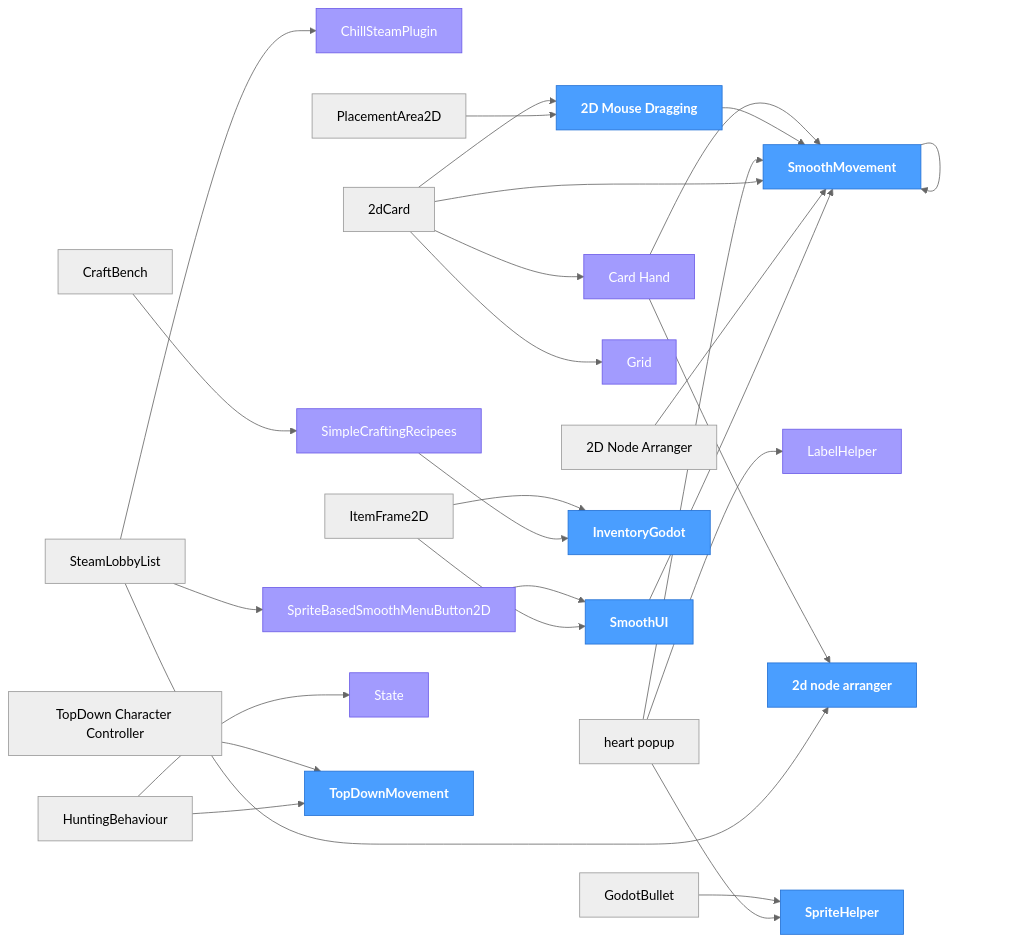
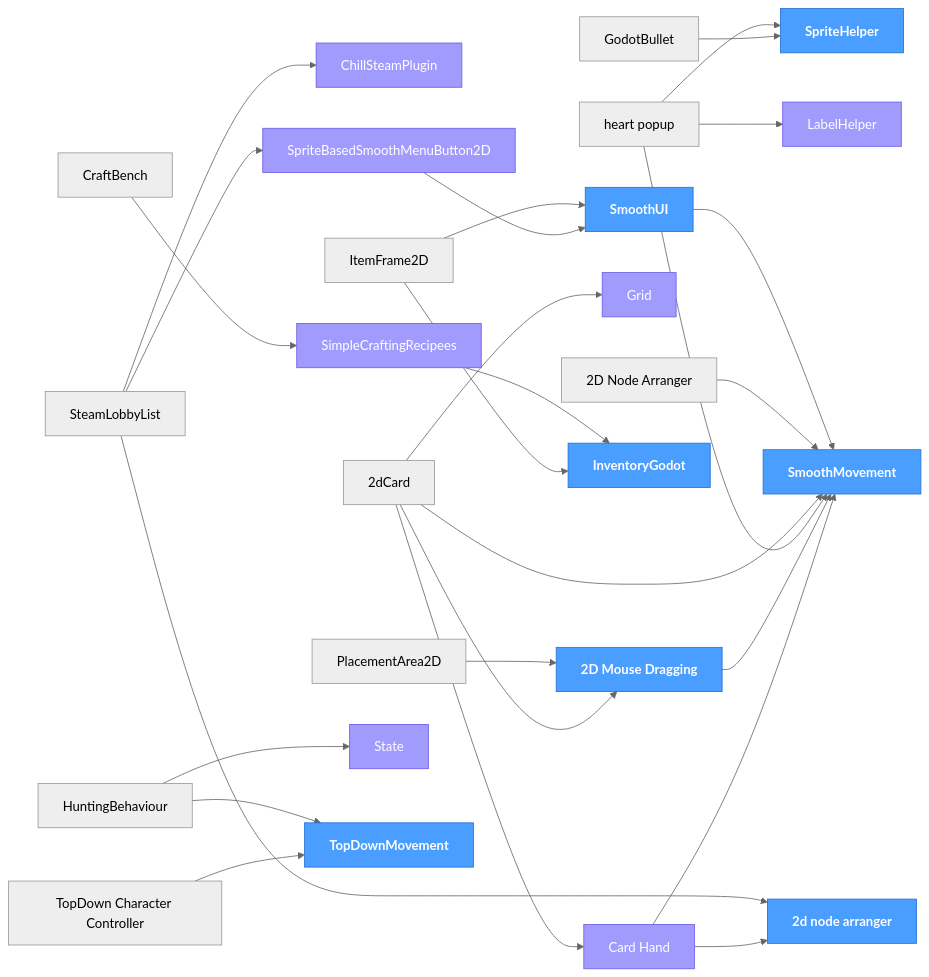
One commit to ChillCube/.github changed the diagram in ADDONS.md. Above: the diagram before and after it, drawn with Mermaid (neutral theme). The commit also changed other lines of this file, not shown here.

Commit message:
registry: update dependency tree

```diff
--- a/ADDONS.md
+++ b/ADDONS.md
@@ -130,7 +131,6 @@
     CraftBench --> SimpleCraftingRecipees
     Godot_2D_Mouse_Dragging --> Godot_SmoothMovement
     GodotBullet --> SpriteHelper
-    Godot_SmoothMovement --> Godot_SmoothMovement
     Godot_SpriteBasedSmoothMenuButton2D --> SmoothUI
     Godot_TopDown_Character_Controller --> TopDownMovement
     heart_popup --> Godot_SmoothMovement
```
